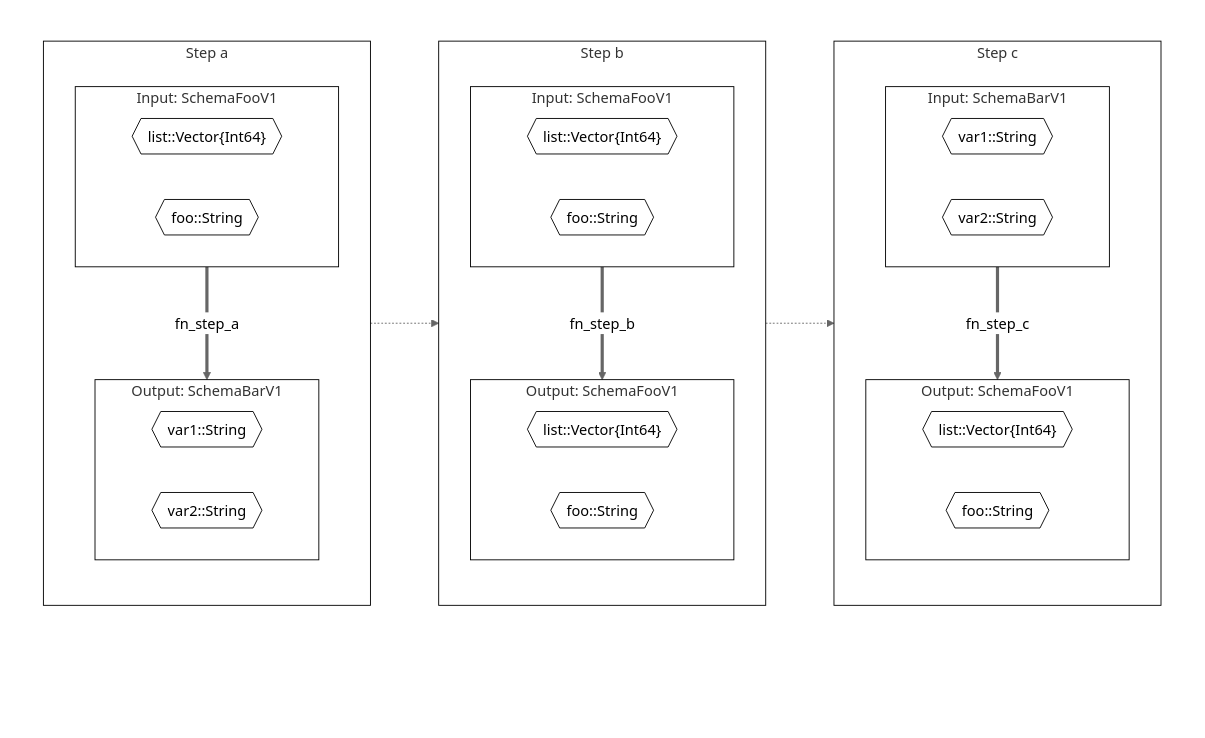
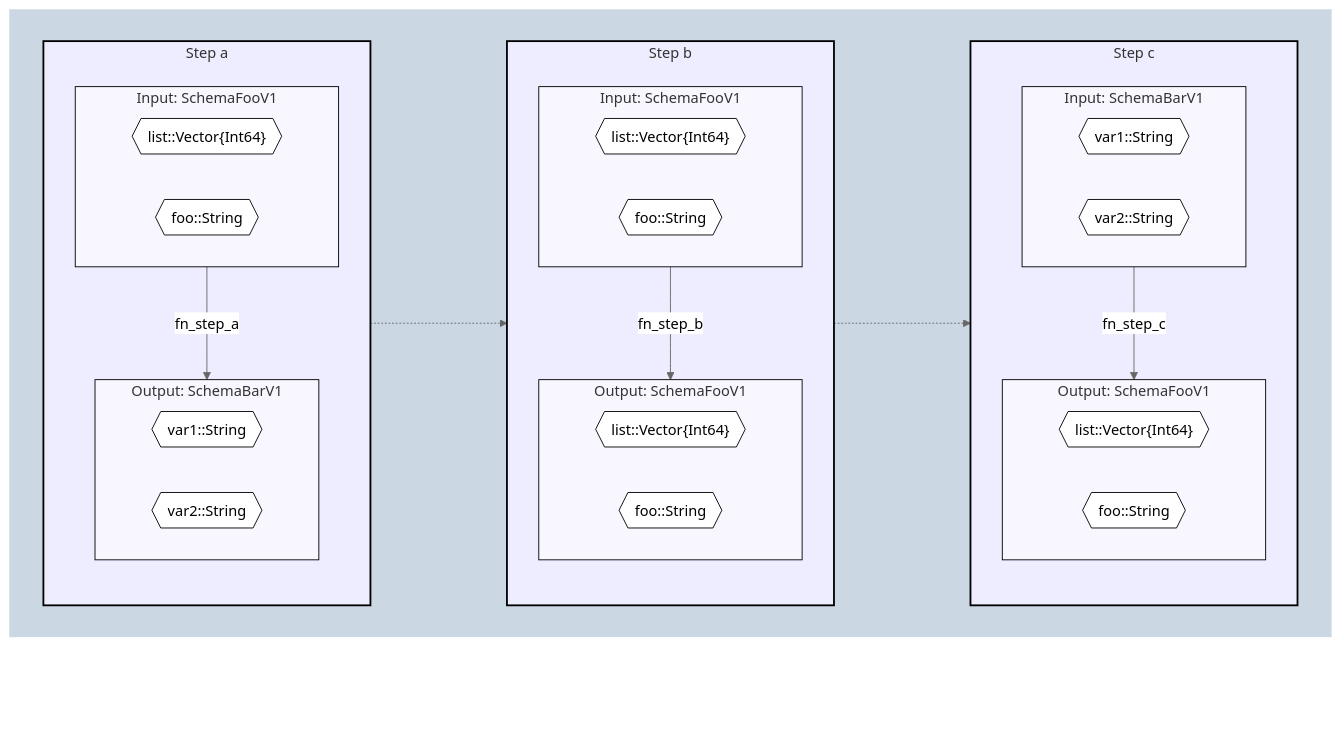
The diagram in test/reference_tests/mermaid_nothrowchain.md (beacon-biosignals/TransformSpecifications.jl), drawn with Mermaid (neutral theme) before and after one commit. The commit also changed 1 other file, not shown here.

Commit message:
update styling

````diff
--- a/test/reference_tests/mermaid_nothrowchain.md
+++ b/test/reference_tests/mermaid_nothrowchain.md
@@ -1,80 +1,77 @@
 ```mermaid
 flowchart
 
 %% Add steps (nodes)
 subgraph OUTERLEVEL["` `"]
 direction LR
 subgraph STEP_A[Step a]
   direction TB
   subgraph STEP_A_InputSchema[Input: SchemaFooV1]
     direction RL
     STEP_A_InputSchemalist{{"list::Vector{Int64}"}}
     class STEP_A_InputSchemalist classSpecField
     STEP_A_InputSchemafoo{{"foo::String"}}
     class STEP_A_InputSchemafoo classSpecField
   end
   subgraph STEP_A_OutputSchema[Output: SchemaBarV1]
     direction RL
     STEP_A_OutputSchemavar1{{"var1::String"}}
     class STEP_A_OutputSchemavar1 classSpecField
     STEP_A_OutputSchemavar2{{"var2::String"}}
     class STEP_A_OutputSchemavar2 classSpecField
   end
-  STEP_A_InputSchema:::classSpec == fn_step_a ==> STEP_A_OutputSchema:::classSpec
+  STEP_A_InputSchema:::classSpec -- fn_step_a --> STEP_A_OutputSchema:::classSpec
 end
 subgraph STEP_B[Step b]
   direction TB
   subgraph STEP_B_InputSchema[Input: SchemaFooV1]
     direction RL
     STEP_B_InputSchemalist{{"list::Vector{Int64}"}}
     class STEP_B_InputSchemalist classSpecField
     STEP_B_InputSchemafoo{{"foo::String"}}
     class STEP_B_InputSchemafoo classSpecField
   end
   subgraph STEP_B_OutputSchema[Output: SchemaFooV1]
     direction RL
     STEP_B_OutputSchemalist{{"list::Vector{Int64}"}}
     class STEP_B_OutputSchemalist classSpecField
     STEP_B_OutputSchemafoo{{"foo::String"}}
     class STEP_B_OutputSchemafoo classSpecField
   end
-  STEP_B_InputSchema:::classSpec == fn_step_b ==> STEP_B_OutputSchema:::classSpec
+  STEP_B_InputSchema:::classSpec -- fn_step_b --> STEP_B_OutputSchema:::classSpec
 end
 subgraph STEP_C[Step c]
   direction TB
   subgraph STEP_C_InputSchema[Input: SchemaBarV1]
     direction RL
     STEP_C_InputSchemavar1{{"var1::String"}}
     class STEP_C_InputSchemavar1 classSpecField
     STEP_C_InputSchemavar2{{"var2::String"}}
     class STEP_C_InputSchemavar2 classSpecField
   end
   subgraph STEP_C_OutputSchema[Output: SchemaFooV1]
     direction RL
     STEP_C_OutputSchemalist{{"list::Vector{Int64}"}}
     class STEP_C_OutputSchemalist classSpecField
     STEP_C_OutputSchemafoo{{"foo::String"}}
     class STEP_C_OutputSchemafoo classSpecField
   end
-  STEP_C_InputSchema:::classSpec == fn_step_c ==> STEP_C_OutputSchema:::classSpec
+  STEP_C_InputSchema:::classSpec -- fn_step_c --> STEP_C_OutputSchema:::classSpec
 end
 
 %% Link steps (nodes)
-STEP_A:::classStep -.-> STEP_B:::classStep
-STEP_B:::classStep -.-> STEP_C:::classStep
+STEP_A:::classStep -..-> STEP_B:::classStep
+STEP_B:::classStep -..-> STEP_C:::classStep
 
 end
 OUTERLEVEL:::classOuter ~~~ OUTERLEVEL:::classOuter
 
 %% Link step i/o fields
 %% TODO-future
 
 %% Styling definitions
-classDef classStep fill:#fff,stroke:#000,stroke-width:1px;
-classDef classSpec fill:#fff,stroke:#000,stroke-width:1px;
-classDef classOuter fill:#fff,stroke:#000,stroke-width:0px;
+classDef classOuter fill:#cbd7e2,stroke:#000,stroke-width:0px;
+classDef classStep fill:#eeedff,stroke:#000,stroke-width:2px;
+classDef classSpec fill:#f8f7ff,stroke:#000,stroke-width:1px;
 classDef classSpecField fill:#fff,stroke:#000,stroke-width:1px;
-
-%% Link step i/o fields
-%% TODO-future
 ```
````
